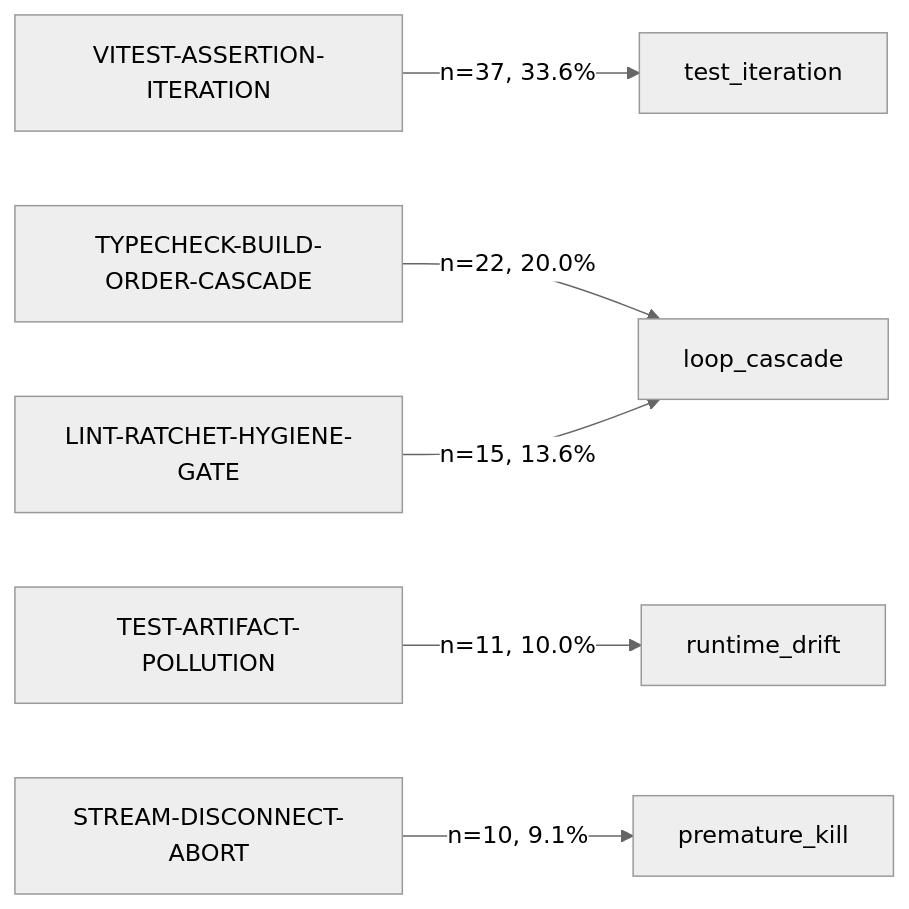
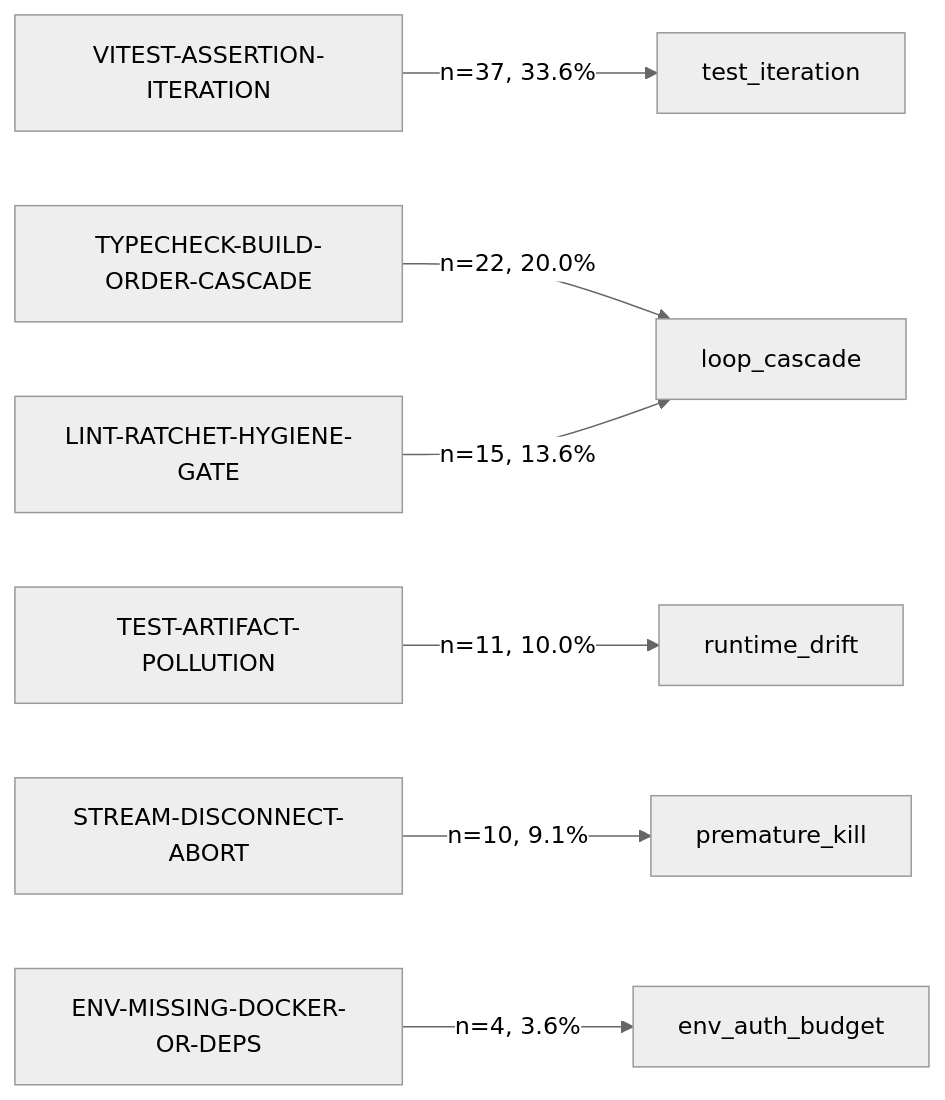
Before and after one commit to TechTideOhio/reval: the diagram in README.md, drawn with Mermaid (neutral theme). The commit also changed other lines of this file and 4 other files, not shown here.

````diff
--- a/README.md
+++ b/README.md
@@ -67,8 +88,9 @@
 ```mermaid
 flowchart LR
     VITEST_ASSERTION_ITERATION["VITEST-ASSERTION-ITERATION"] -->|n=37, 33.6%| test_iteration["test_iteration"]
     TYPECHECK_BUILD_ORDER_CASCADE["TYPECHECK-BUILD-ORDER-CASCADE"] -->|n=22, 20.0%| loop_cascade["loop_cascade"]
     LINT_RATCHET_HYGIENE_GATE["LINT-RATCHET-HYGIENE-GATE"] -->|n=15, 13.6%| loop_cascade["loop_cascade"]
     TEST_ARTIFACT_POLLUTION["TEST-ARTIFACT-POLLUTION"] -->|n=11, 10.0%| runtime_drift["runtime_drift"]
     STREAM_DISCONNECT_ABORT["STREAM-DISCONNECT-ABORT"] -->|n=10, 9.1%| premature_kill["premature_kill"]
+    ENV_MISSING_DOCKER_OR_DEPS["ENV-MISSING-DOCKER-OR-DEPS"] -->|n=4, 3.6%| env_auth_budget["env_auth_budget"]
 ```
````
